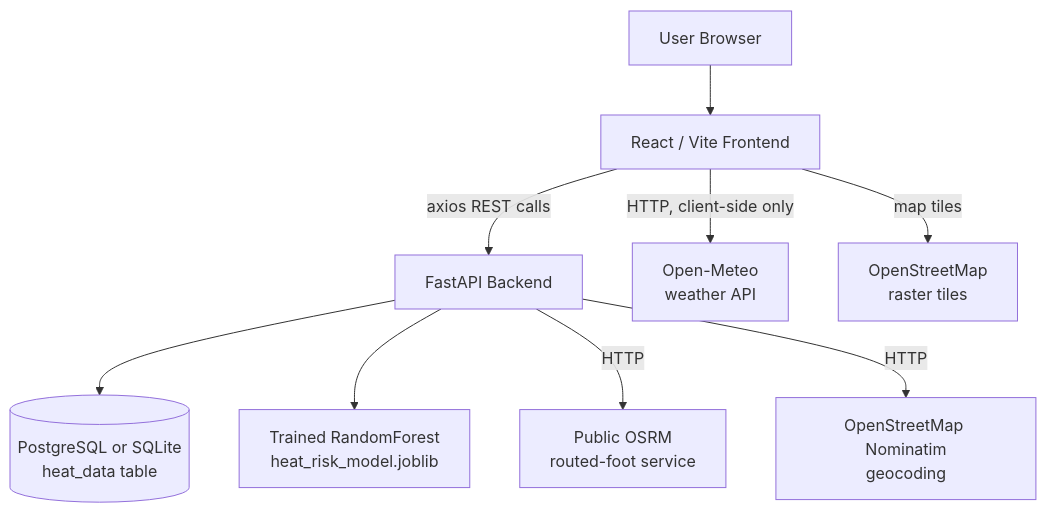
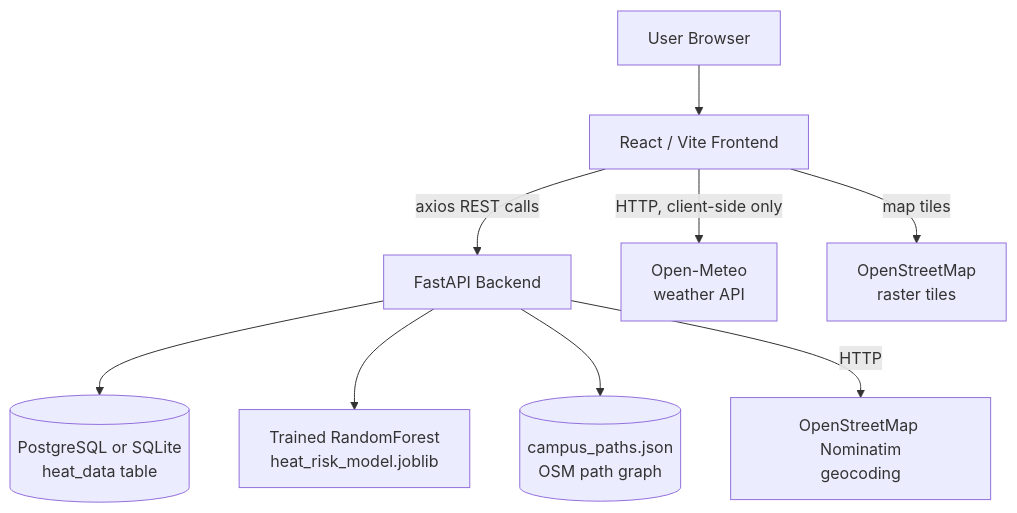
One commit to Rohit-1123/UrbanHeat changed the diagram in docs/PROJECT_DOCUMENTATION.md. Above: the diagram before and after it, drawn with Mermaid. The commit also changed other lines of this file and 57 other files, not shown here.

````diff
--- a/docs/PROJECT_DOCUMENTATION.md
+++ b/docs/PROJECT_DOCUMENTATION.md
@@ -152,11 +152,11 @@
 ```mermaid
 flowchart TD
     U[User Browser] --> FE[React / Vite Frontend]
     FE -->|axios REST calls| BE[FastAPI Backend]
     BE --> DB[(PostgreSQL or SQLite\nheat_data table)]
     BE --> ML[Trained RandomForest\nheat_risk_model.joblib]
-    BE -->|HTTP| OSRM[Public OSRM\nrouted-foot service]
+    BE --> GR[(campus_paths.json\nOSM path graph)]
     BE -->|HTTP| NOM[OpenStreetMap Nominatim\ngeocoding]
     FE -->|HTTP, client-side only| OM[Open-Meteo\nweather API]
     FE -->|map tiles| OSM[OpenStreetMap\nraster tiles]
 ```
````
